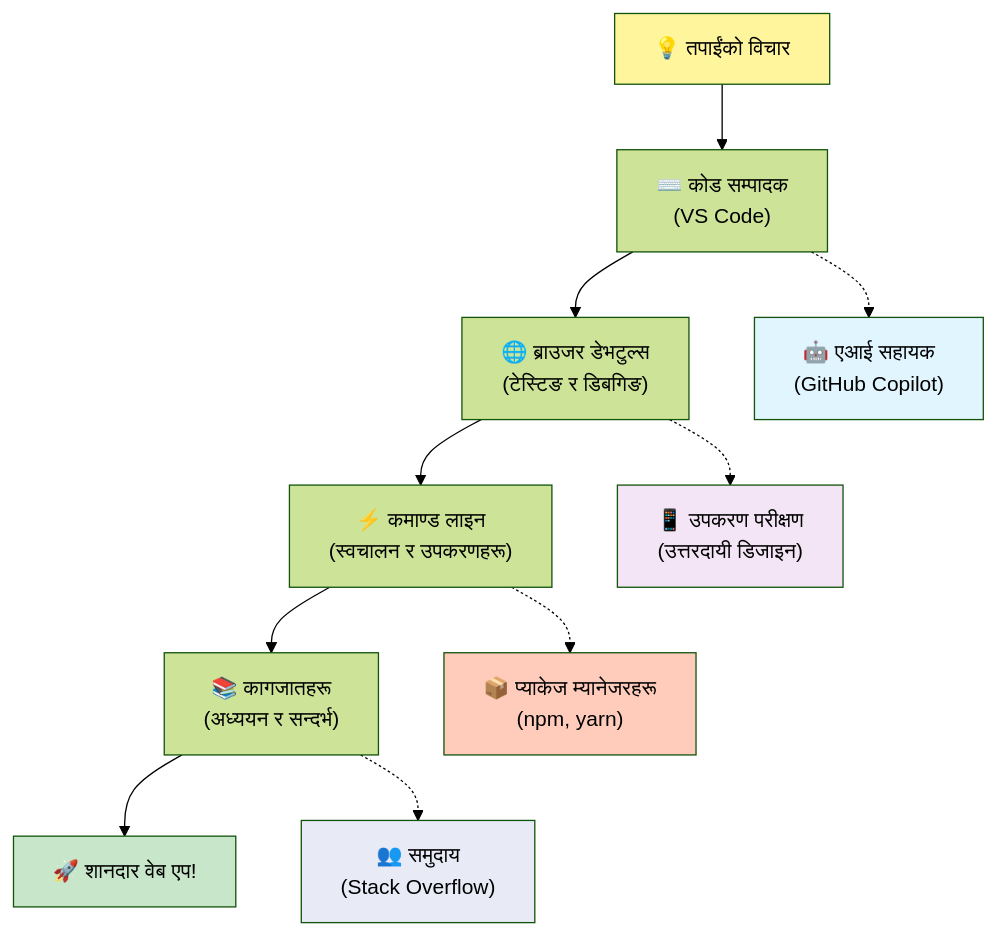
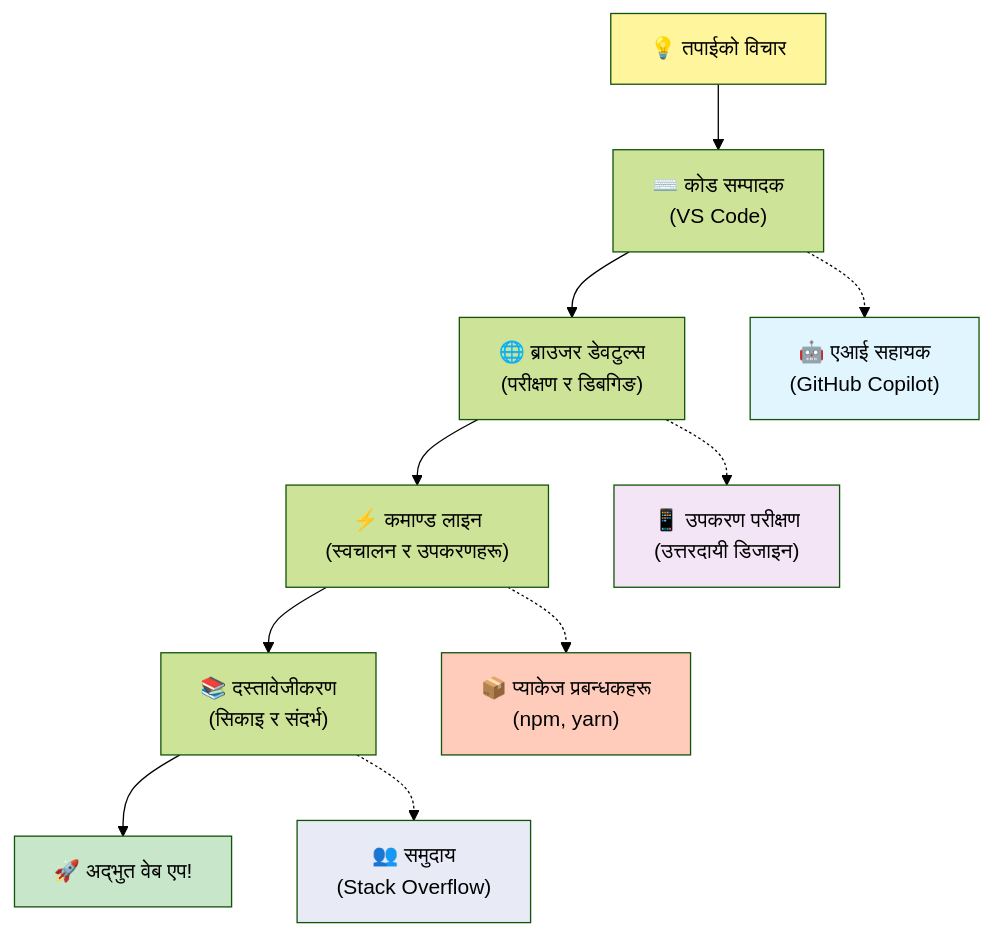
One commit to microsoft/Web-Dev-For-Beginners changed the fifth of 7 diagrams in translations/ne/1-getting-started-lessons/1-intro-to-programming-languages/README.md. Above: the diagram before and after it, drawn with Mermaid (forest theme). The commit also changed other lines of this file and 11 other files, not shown here.

````diff
--- a/translations/ne/1-getting-started-lessons/1-intro-to-programming-languages/README.md
+++ b/translations/ne/1-getting-started-lessons/1-intro-to-programming-languages/README.md
@@ -487,20 +488,20 @@
 ```mermaid
 graph TD
-    A["💡 तपाईंको विचार"] --> B["⌨️ कोड सम्पादक<br/>(VS Code)"] 
-    B --> C["🌐 ब्राउजर डेभटुल्स<br/>(टेस्टिङ र डिबगिङ)"]
+    A["💡 तपाईको विचार"] --> B["⌨️ कोड सम्पादक<br/>(VS Code)"] 
+    B --> C["🌐 ब्राउजर डेवटुल्स<br/>(परीक्षण र डिबगिङ)"]
     C --> D["⚡ कमाण्ड लाइन<br/>(स्वचालन र उपकरणहरू)"]
-    D --> E["📚 कागजातहरू<br/>(अध्ययन र सन्दर्भ)"]
-    E --> F["🚀 शानदार वेब एप!"]
+    D --> E["📚 दस्तावेजीकरण<br/>(सिकाइ र संदर्भ)"]
+    E --> F["🚀 अद्भुत वेब एप!"]
     
     B -.-> G["🤖 एआई सहायक<br/>(GitHub Copilot)"]
     C -.-> H["📱 उपकरण परीक्षण<br/>(उत्तरदायी डिजाइन)"]
-    D -.-> I["📦 प्याकेज म्यानेजरहरू<br/>(npm, yarn)"]
+    D -.-> I["📦 प्याकेज प्रबन्धकहरू<br/>(npm, yarn)"]
     E -.-> J["👥 समुदाय<br/>(Stack Overflow)"]
     
     style A fill:#fff59d
     style F fill:#c8e6c9
     style G fill:#e1f5fe
     style H fill:#f3e5f5
     style I fill:#ffccbc
     style J fill:#e8eaf6
 ```
````
